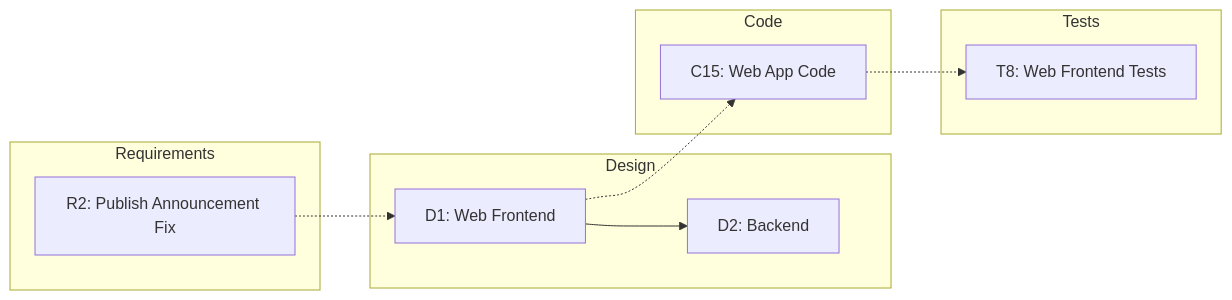
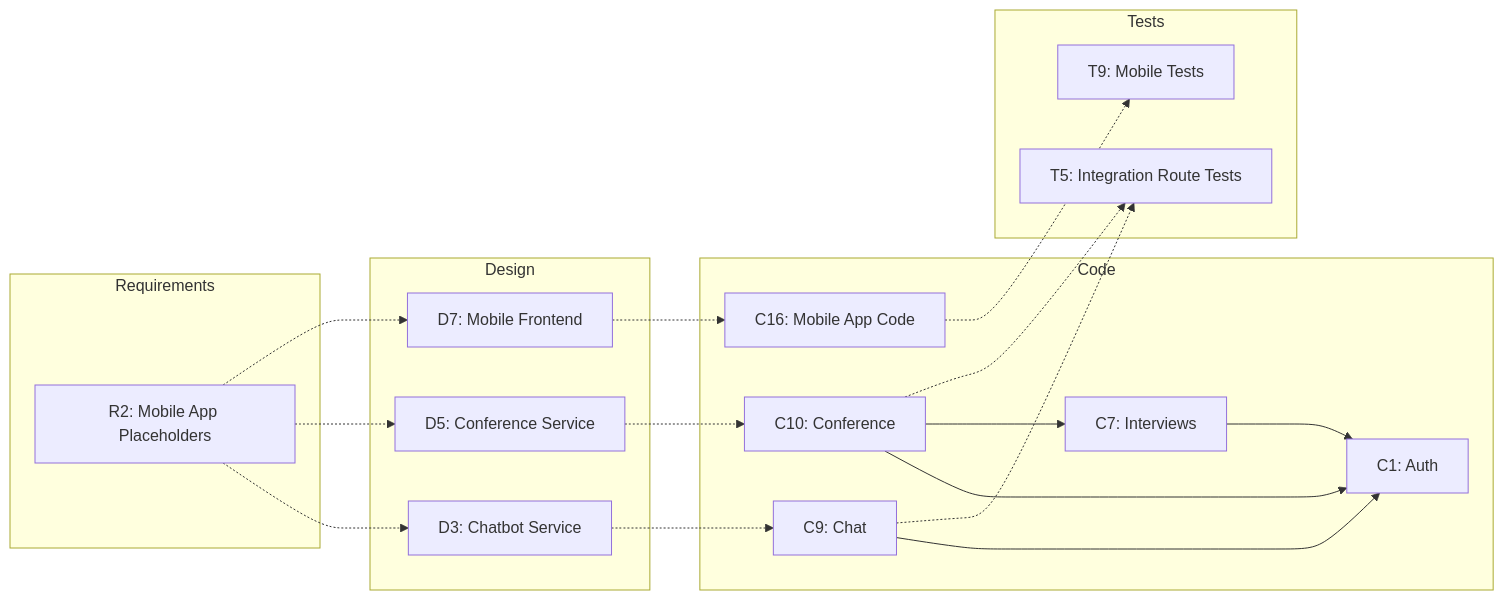
The third of 8 diagrams in D4_IMPACT_ANALYSIS.MD (outoft3n/2025-ITCS383-Chongyai), drawn with Mermaid before and after one commit. The commit also changed other lines of this file, not shown here.

````diff
--- a/D4_IMPACT_ANALYSIS.MD
+++ b/D4_IMPACT_ANALYSIS.MD
@@ -289,28 +363,43 @@
 ```mermaid
 graph LR
 
 subgraph Requirements
-R2[R2: Publish Announcement Fix]
+R2[R2: Mobile App Placeholders]
 end
 
 subgraph Design
-D1[D1: Web Frontend]
-D2[D2: Backend]
+D3[D3: Chatbot Service]
+D5[D5: Conference Service]
+D7[D7: Mobile Frontend]
 end
 
 subgraph Code
-C15[C15: Web App Code]
+C1[C1: Auth]
+C7[C7: Interviews]
+C9[C9: Chat]
+C10[C10: Conference]
+C16[C16: Mobile App Code]
 end
 
 subgraph Tests
-T8[T8: Web Frontend Tests]
+T5[T5: Integration Route Tests]
+T9[T9: Mobile Tests]
 end
 
-R2 -.-> D1
+R2 -.-> D3
+R2 -.-> D5
+R2 -.-> D7
 
-D1 --> D2
+D3 -.-> C9
+D5 -.-> C10
+D7 -.-> C16
 
-D1 -.-> C15
+C9 --> C1
+C10 --> C1
+C10 --> C7
+C7 --> C1
 
-C15 -.-> T8
+C9 -.-> T5
+C10 -.-> T5
+C16 -.-> T9
 ```
````
